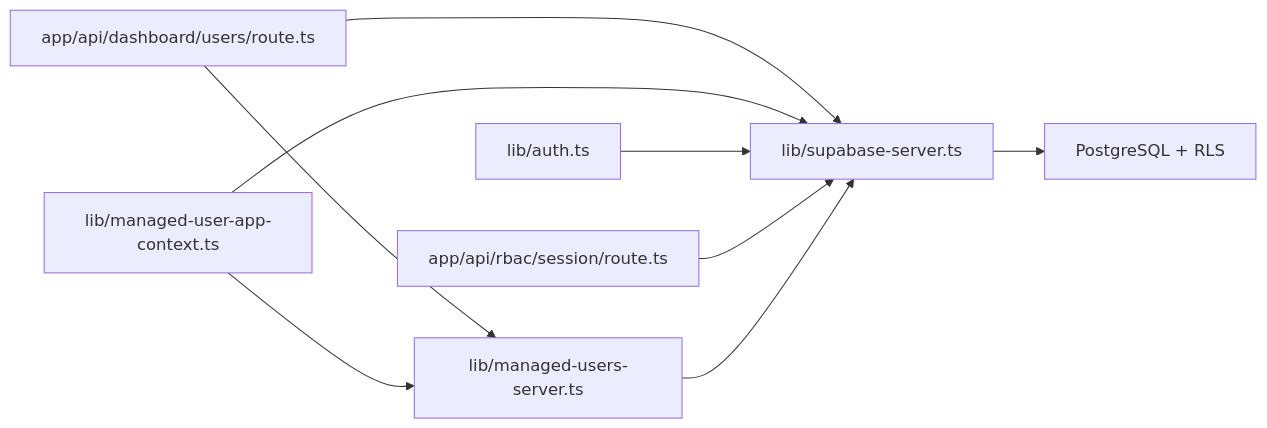
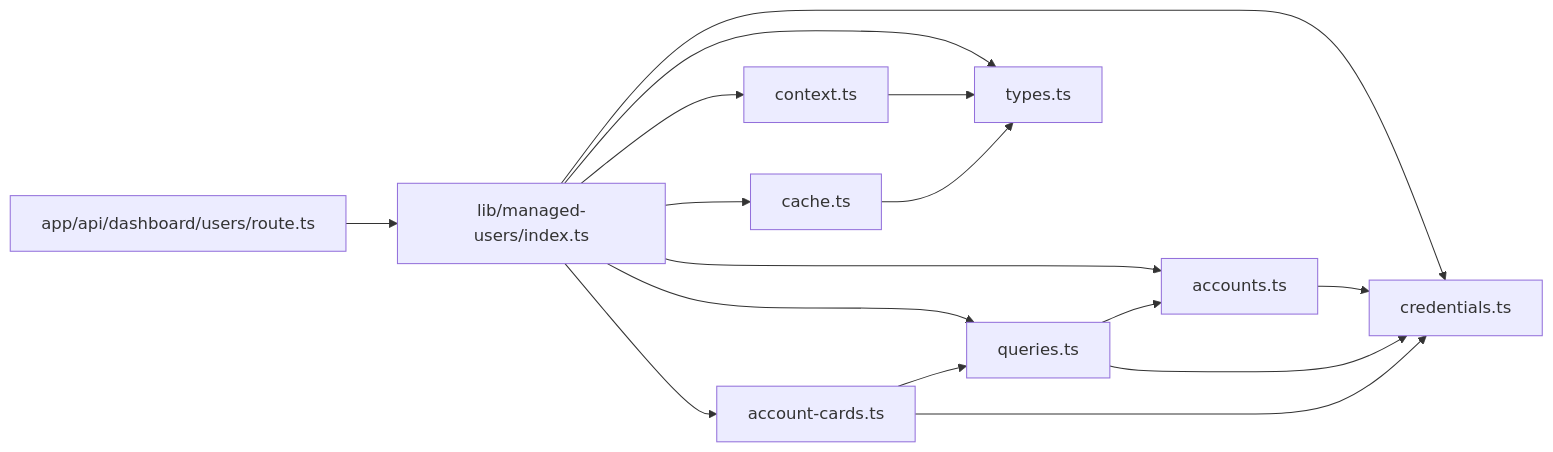
Before and after one commit to mustafaalkusaj/appschoolmustafa2002: the tenth of 10 diagrams in .qoder/repowiki/en/content/Teacher Management/Managed Users.md, drawn with Mermaid. The commit also changed other lines of this file and 8 other files, not shown here.

````diff
--- a/.qoder/repowiki/en/content/Teacher Management/Managed Users.md
+++ b/.qoder/repowiki/en/content/Teacher Management/Managed Users.md
@@ -426,11 +512,18 @@
 ```mermaid
 graph LR
-API["app/api/dashboard/users/route.ts"] --> SERVER["lib/managed-users-server.ts"]
-API --> SUPA["lib/supabase-server.ts"]
-APPCTX["lib/managed-user-app-context.ts"] --> SERVER
-APPCTX --> SUPA
-AUTH["lib/auth.ts"] --> SUPA
-RBAC["app/api/rbac/session/route.ts"] --> SUPA
-SERVER --> SUPA
-SUPA --> DB["PostgreSQL + RLS"]
+API["app/api/dashboard/users/route.ts"] --> INDEX["lib/managed-users/index.ts"]
+INDEX --> ACCOUNTS["accounts.ts"]
+INDEX --> CREDENTIALS["credentials.ts"]
+INDEX --> QUERIES["queries.ts"]
+INDEX --> CONTEXT["context.ts"]
+INDEX --> CARDS["account-cards.ts"]
+INDEX --> CACHE["cache.ts"]
+INDEX --> TYPES["types.ts"]
+ACCOUNTS --> CREDENTIALS
+QUERIES --> CREDENTIALS
+QUERIES --> ACCOUNTS
+CONTEXT --> TYPES
+CARDS --> CREDENTIALS
+CARDS --> QUERIES
+CACHE --> TYPES
 ```
````
